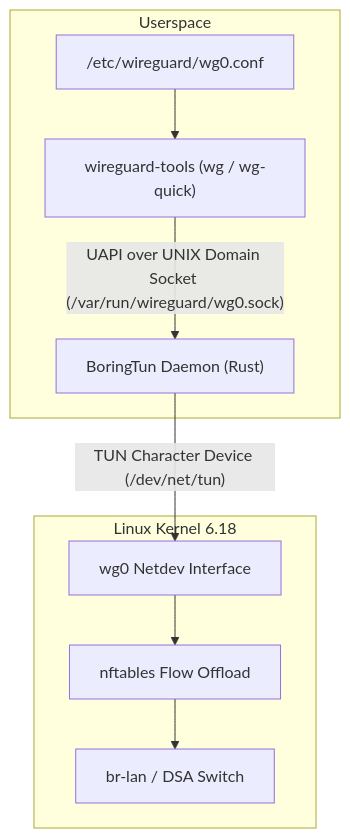
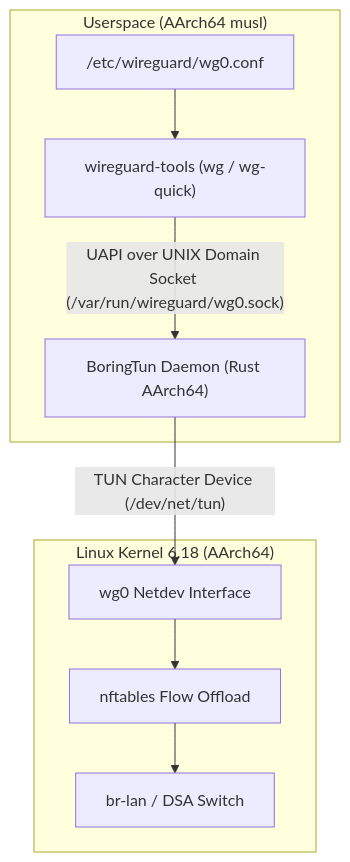
Before and after one commit to KiritoMainBro88/CR8808-CUSTOM-FIRMWARE: the second of 2 diagrams in docs/DSA_BASELINE_DESIGN.md, drawn with Mermaid. The commit also changed other lines of this file and 11 other files, not shown here.

````diff
--- a/docs/DSA_BASELINE_DESIGN.md
+++ b/docs/DSA_BASELINE_DESIGN.md
@@ -85,13 +112,13 @@
 ```mermaid
 graph TD
-    subgraph "Userspace"
+    subgraph "Userspace (AArch64 musl)"
         CONF["/etc/wireguard/wg0.conf"] --> TOOLS["wireguard-tools (wg / wg-quick)"]
-        TOOLS -- "UAPI over UNIX Domain Socket (/var/run/wireguard/wg0.sock)" --> BT["BoringTun Daemon (Rust)"]
+        TOOLS -- "UAPI over UNIX Domain Socket (/var/run/wireguard/wg0.sock)" --> BT["BoringTun Daemon (Rust AArch64)"]
     end
 
-    subgraph "Linux Kernel 6.18"
+    subgraph "Linux Kernel 6.18 (AArch64)"
         BT -- "TUN Character Device (/dev/net/tun)" --> TUN["wg0 Netdev Interface"]
         TUN --> NFT["nftables Flow Offload"]
         NFT --> BR["br-lan / DSA Switch"]
     end
 ```
````
